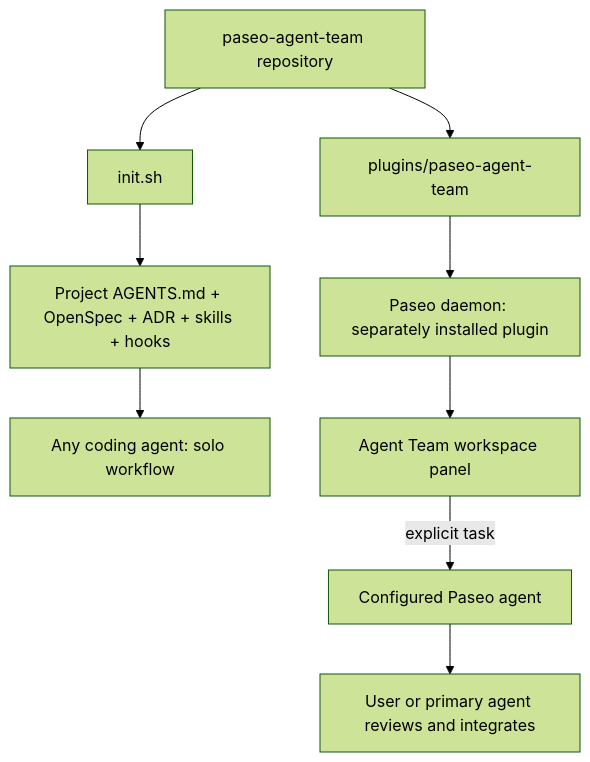
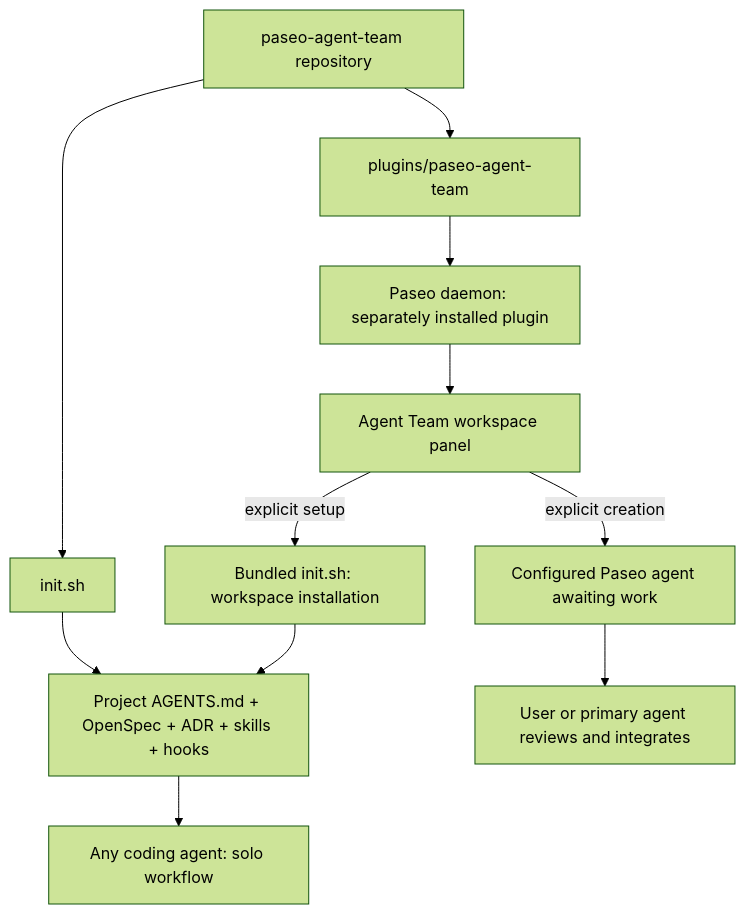
Before and after one commit to lixw1994/paseo-agent-team: the first of 5 diagrams in docs/architecture.md, drawn with Mermaid (forest theme). The commit also changed other lines of this file and 89 other files, not shown here.

````diff
--- a/docs/architecture.md
+++ b/docs/architecture.md
@@ -7,11 +7,13 @@
 ```mermaid
 flowchart TD
     repo["paseo-agent-team repository"] --> init["init.sh"]
     repo --> plugin["plugins/paseo-agent-team"]
     init --> core["Project AGENTS.md + OpenSpec + ADR + skills + hooks"]
     core --> solo["Any coding agent: solo workflow"]
     plugin --> daemon["Paseo daemon: separately installed plugin"]
     daemon --> ui["Agent Team workspace panel"]
-    ui -->|explicit task| member["Configured Paseo agent"]
+    ui -->|explicit setup| setup["Bundled init.sh: workspace installation"]
+    setup --> core
+    ui -->|explicit creation| member["Configured Paseo agent awaiting work"]
     member --> review["User or primary agent reviews and integrates"]
 ```
````
